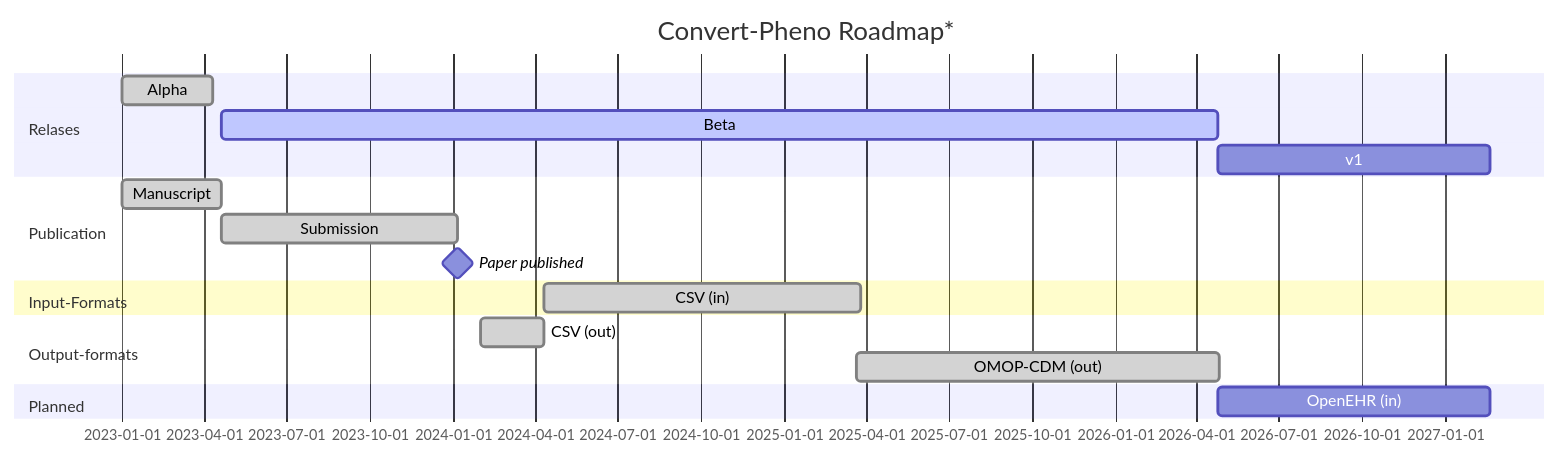
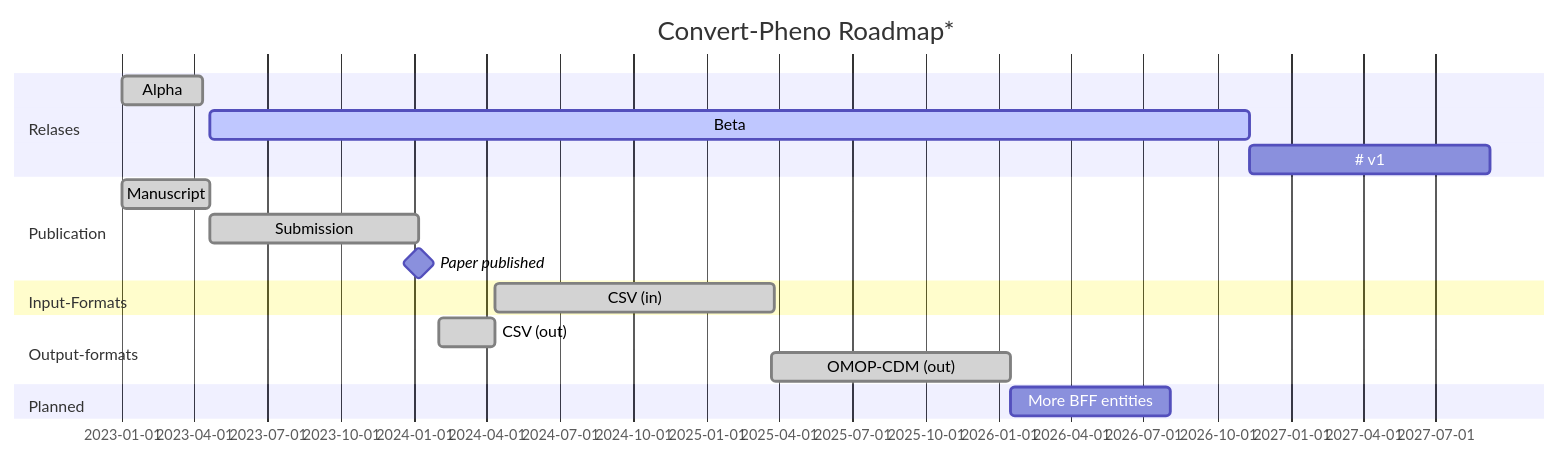
Before and after one commit to CNAG-Biomedical-Informatics/convert-pheno: the diagram in docs/future-plans.md, drawn with Mermaid. The commit also changed other lines of this file and 30 other files, not shown here.

````diff
--- a/docs/future-plans.md
+++ b/docs/future-plans.md
@@ -1,25 +1,25 @@
 ```mermaid
   gantt
     title Convert-Pheno Roadmap*
     dateFormat  YYYY-MM-DD
 
     section Relases
     Alpha                     :done,      r1, 2023-01-01, 100d
-    Beta                      :active,    r2, after m1, 1100d
-    v1                        :           r3, after r2, 300d
+    Beta                      :active,    r2, after m1, 1300d
+#    v1                        :           r3, after r2, 300d
 
     section Publication
     Manuscript                :done,      m1, 2023-01-01, 110d
     Submission                :done,      m2, after m1, 260d
     Paper published           :milestone, after m2, 0d
 
     section Input-Formats
     CSV (in)        :done, f1, after f0,   350d
 
     section Output-formats
     CSV (out)       :done, f0, 2024-02-01, 70d
-    OMOP-CDM (out)  :done,     f2, 2025-03-22, 400d
+    OMOP-CDM (out)  :done,     f2, 2025-03-22, 300d
 
     section Planned
-    OpenEHR (in)    :          f3, after r2,   300d
+    More BFF entities   :          f3, after f2,   200d
 ```
````
